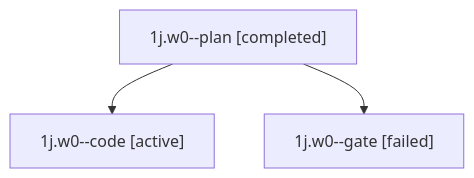
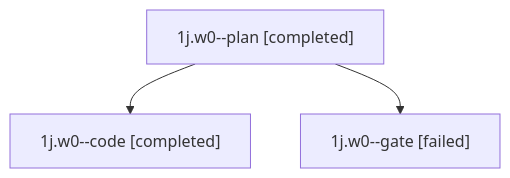
Before and after one commit to sase-org/sase--agents: the diagram in sessions/bbugyi200.apollo.1j.w0.md, drawn with Mermaid. The commit also changed other lines of this file and 59 other files, not shown here.

````diff
--- a/sessions/bbugyi200.apollo.1j.w0.md
+++ b/sessions/bbugyi200.apollo.1j.w0.md
@@ -9,8 +9,8 @@
 ```mermaid
 flowchart TD
   n0["1j.w0--plan [completed]"]
-  n1["1j.w0--code [active]"]
+  n1["1j.w0--code [completed]"]
   n0 --> n1
   n2["1j.w0--gate [failed]"]
   n0 --> n2
 ```
````
